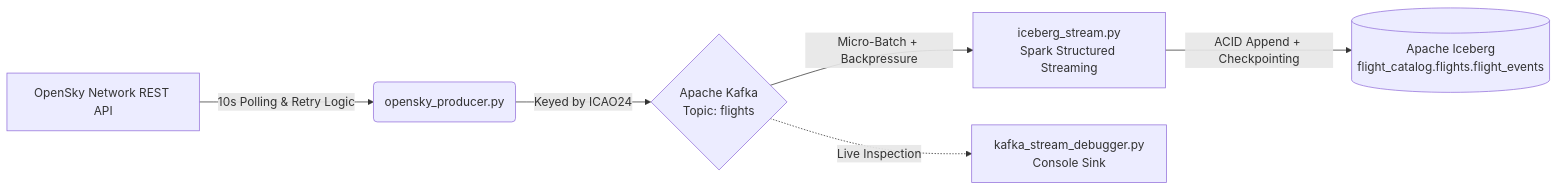
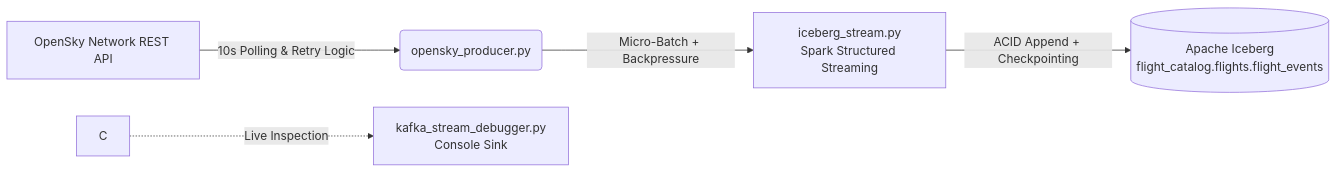
One commit to lenkaB-0101/Real-time-flight-data-pipeline-using-Kafka-Spark-Structured-Streaming-and-Apache-Iceberg changed the diagram in README.md. Above: the diagram before and after it, drawn with Mermaid. The commit also changed other lines of this file, not shown here.

````diff
--- a/README.md
+++ b/README.md
@@ -14,8 +14,7 @@
 ```mermaid
 flowchart LR
     A[OpenSky Network REST API] -->|10s Polling & Retry Logic| B(opensky_producer.py)
-    B -->|Keyed by ICAO24| C{Apache Kafka<br/>Topic: flights}
-    C -->|Micro-Batch + Backpressure| D[iceberg_stream.py<br/>Spark Structured Streaming]
+    B -->|Micro-Batch + Backpressure| D[iceberg_stream.py<br/>Spark Structured Streaming]
     C -.->|Live Inspection| E[kafka_stream_debugger.py<br/>Console Sink]
     D -->|ACID Append + Checkpointing| F[(Apache Iceberg<br/>flight_catalog.flights.flight_events)]
 ```
````
